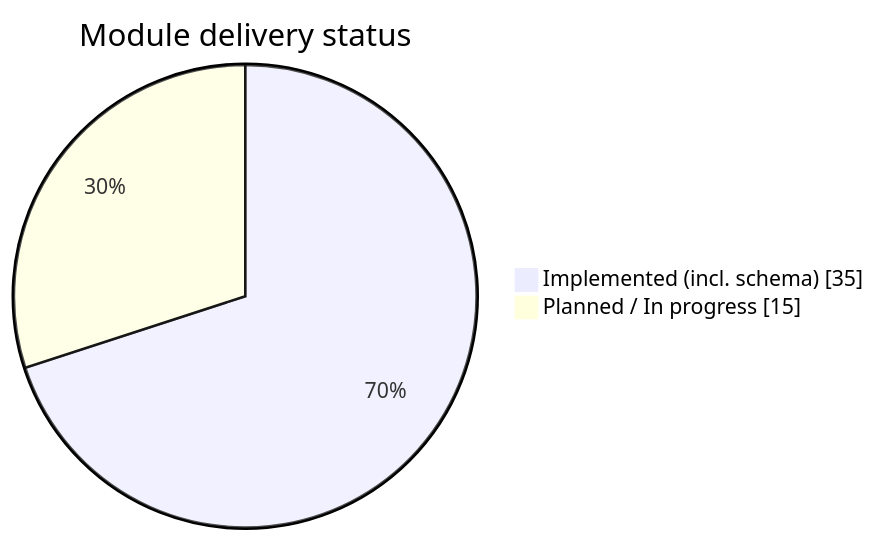
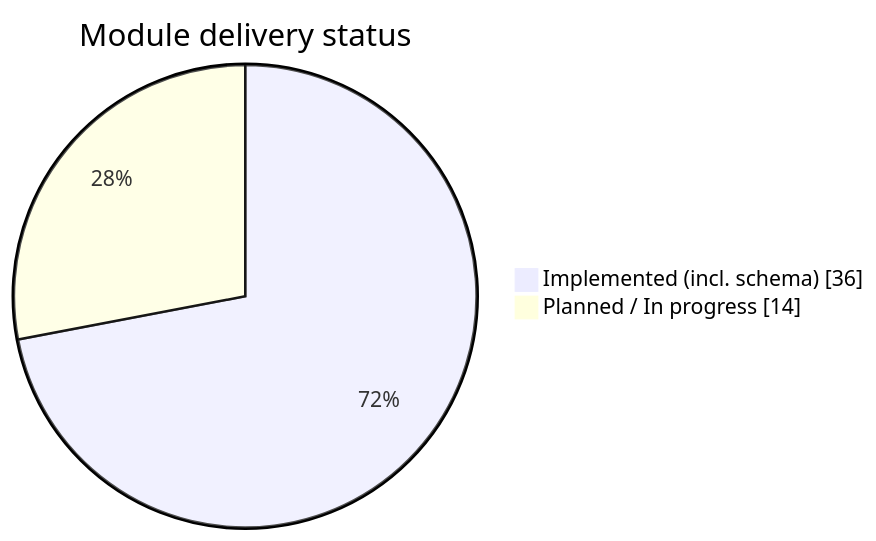
Before and after one commit to RITH-1437/educore: the first of 2 diagrams in docs/6_Module-Status-and-Roadmap.md, drawn with Mermaid. The commit also changed other lines of this file and 31 other files, not shown here.

````diff
--- a/docs/6_Module-Status-and-Roadmap.md
+++ b/docs/6_Module-Status-and-Roadmap.md
@@ -47,6 +47,6 @@
 ```mermaid
 pie showData
   title Module delivery status
-  "Implemented (incl. schema)" : 35
-  "Planned / In progress" : 15
+  "Implemented (incl. schema)" : 36
+  "Planned / In progress" : 14
 ```
````
